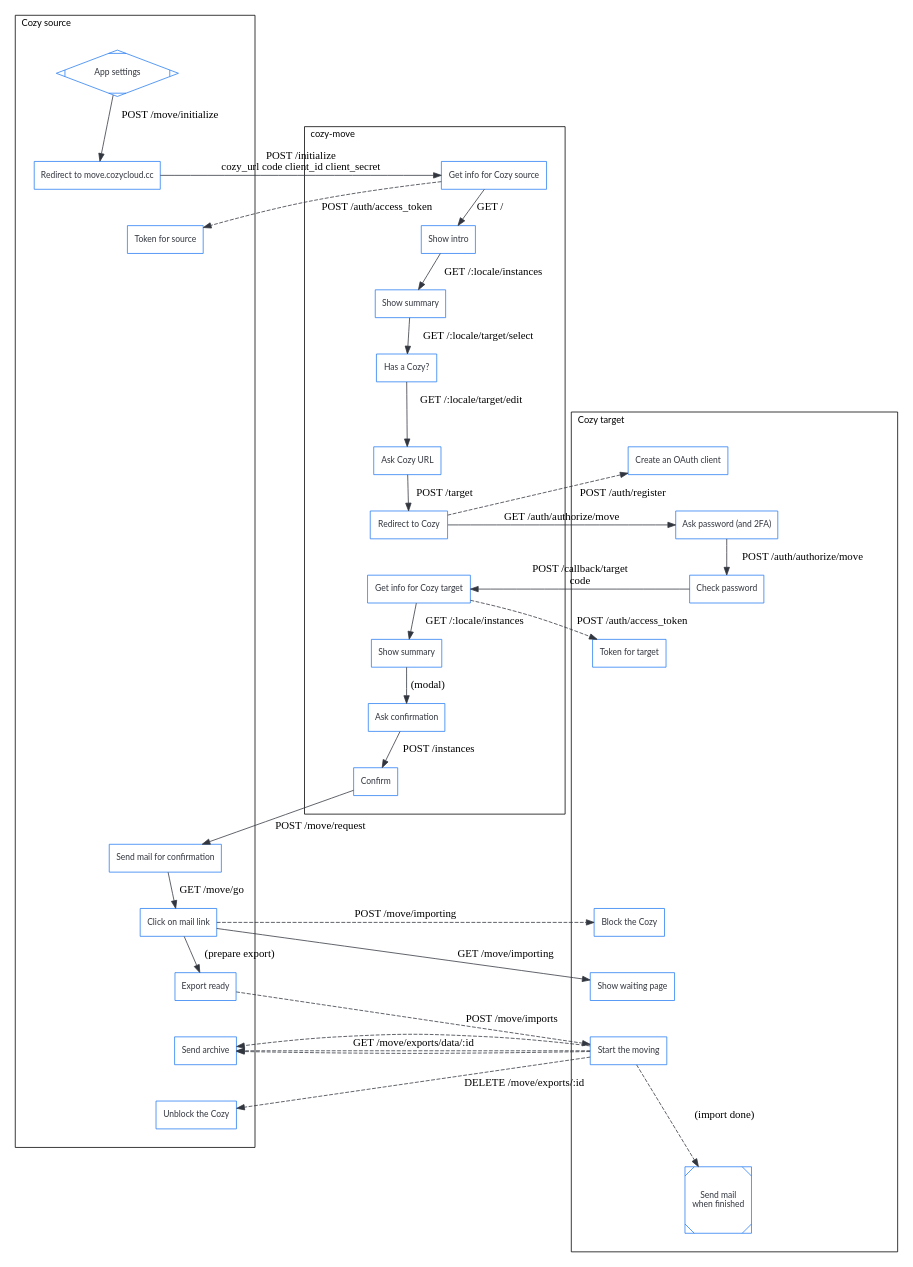
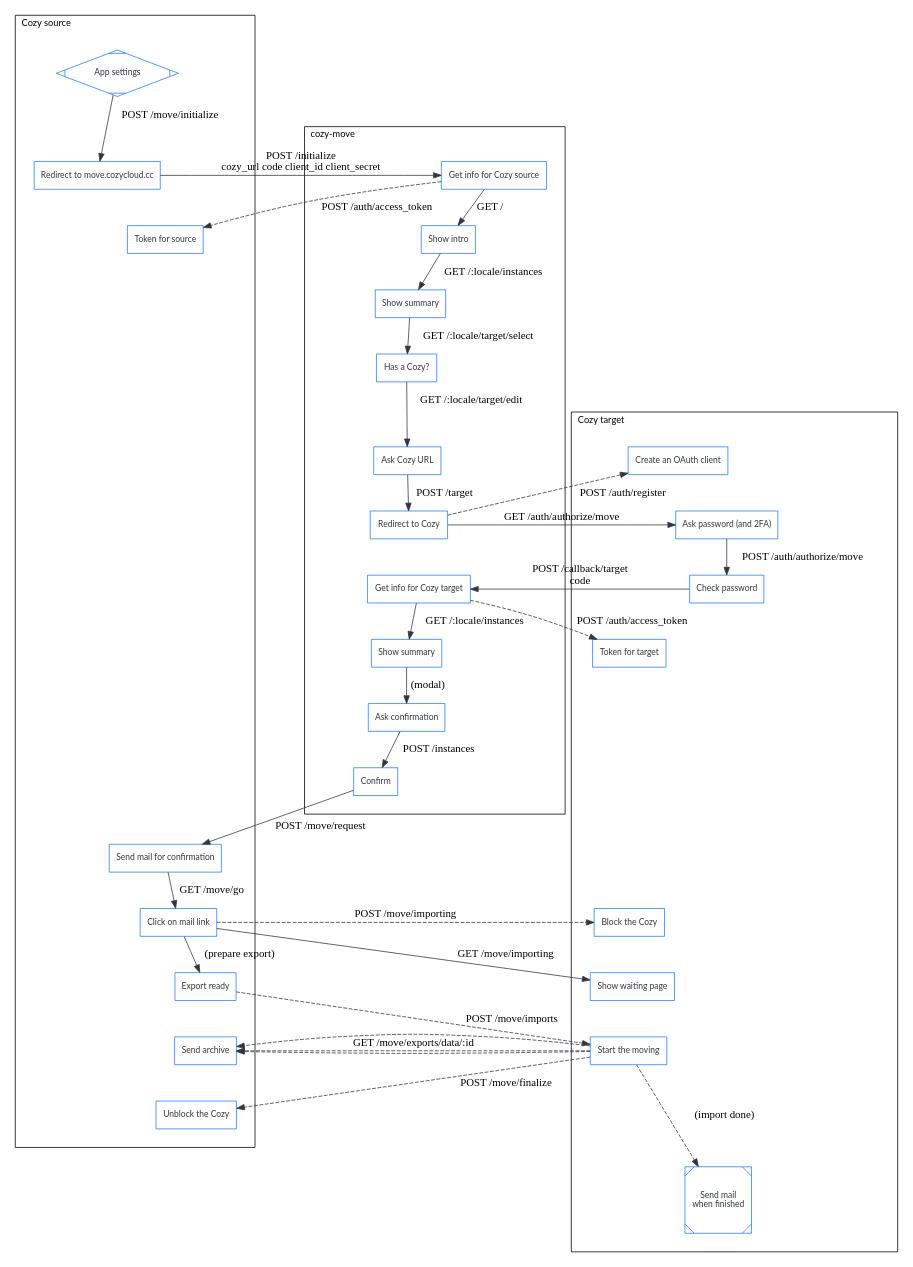
Before and after one commit to cozy/cozy-move: the diagram in docs/from-settings.gv, drawn with Graphviz. The commit also changed 4 other files, not shown here.

```diff
--- a/docs/from-settings.gv
+++ b/docs/from-settings.gv
@@ -1,87 +1,87 @@
 digraph bitwarden {
 	graph [splines=true];
 	node [shape="box", fontname="lato", fontsize=11, margin=0.12, color="#297EF2", fontcolor="#32363F"];
 	edge [color="#32363F"];
 	ranksep=0.45; nodesep=1.5;
 
 	subgraph cluster_source {
 		label="Cozy source"; labeljust="l"; fontname="lato"; fontsize=12; margin=24; rankdir=TB;
 		s_settings [label="App settings"; shape="Mdiamond"]
 		s_start [label="Redirect to move.cozycloud.cc"]
 		s_token [label="Token for source"]
 		s_confirm [label="Send mail for confirmation"]
 		s_mail [label="Click on mail link"]
 		s_ready [label="Export ready"]
 		s_data [label="Send archive"]
 		s_unblock [label="Unblock the Cozy"]
 		s_fake_1, s_fake_2, s_fake_3, s_fake_4, s_fake_5, s_fake_6, s_fake_7, s_fake_8 [style="invis"]
 	}
 
 	subgraph cluster_move {
 		label="cozy-move"; labeljust="l"; fontname="lato"; fontsize=12; margin=24;
 		m_source [label="Get info for Cozy source"]
 		m_intro [label="Show intro"]
 		m_index_1 [label="Show summary"]
 		m_select [label="Has a Cozy?"]
 		m_edit [label="Ask Cozy URL"]
 		m_post [label="Redirect to Cozy"]
 		m_target [label="Get info for Cozy target"]
 		m_index_2 [label="Show summary"]
 		m_warning [label="Ask confirmation"]
 		m_confirm [label="Confirm"]
 	}
 
 	subgraph cluster_target {
 		label="Cozy target"; labeljust="l"; fontname="lato"; fontsize=12; margin=24;
 		t_register [label="Create an OAuth client"]
 		t_export [label="Ask password (and 2FA)"]
 		t_export_2 [label="Check password"]
 		t_token [label="Token for target"]
 		t_block [label="Block the Cozy"]
 		t_run [label="Start the moving"]
 		t_wait [label="Show waiting page"]
 		t_done [label="Send mail\nwhen finished"; shape="Msquare"]
 		t_fake_1, t_fake_2, t_fake_3, t_fake_4 [style="invis"]
 	}
 
 	// User
 	s_settings -> s_start [label="POST /move/initialize"]
 	s_start -> m_source [label="POST /initialize\ncozy_url code client_id client_secret"]
 	m_source -> m_intro [label="GET /"]
 	m_intro -> m_index_1 [label="GET /:locale/instances"]
 	m_index_1 -> m_select [label="GET /:locale/target/select"]
 	m_select -> m_edit [label="GET /:locale/target/edit"]
 	m_edit -> m_post [label="POST /target"]
 	m_post -> t_export [label="GET /auth/authorize/move"]
 	t_export -> t_export_2 [label="POST /auth/authorize/move"]
 	t_export_2 -> m_target [label="POST /callback/target\ncode"]
 	m_target -> m_index_2 [label="GET /:locale/instances"]
 	m_index_2 -> m_warning [label="(modal)"]
 	m_warning -> m_confirm [label="POST /instances"]
 	m_confirm -> s_confirm [label="POST /move/request"]
 	s_confirm -> s_mail [label="GET /move/go"]
 	s_mail -> t_wait [label="GET /move/importing"]
 
 	// Server to server
 	m_source -> s_token [label="POST /auth/access_token"; style="dashed"]
 	m_post -> t_register [label="POST /auth/register"; style="dashed"]
 	m_target -> t_token [label="POST /auth/access_token"; style="dashed"]
 	s_mail -> t_block [label="POST /move/importing"; style="dashed"]
 	s_mail -> s_ready [label="(prepare export)"]
 	s_ready -> t_run [label="POST /move/imports"; style="dashed"]
 	t_run -> s_data [label="GET /move/exports/data/:id"; style="dashed"]
 	t_run -> s_data [style="dashed"]
 	t_run -> s_data [style="dashed"]
-	t_run -> s_unblock [label="DELETE /move/exports/:id"; style="dashed"]
+	t_run -> s_unblock [label="POST /move/finalize"; style="dashed"]
 	t_run -> t_done [label="(import done)"; style="dashed"]
 
 	// Hidden, just to preserve order between nodes inside clusters
 	s_start -> s_token [style="invis"]
 	s_token -> s_fake_1 -> s_fake_2 -> s_fake_3 -> s_fake_4 -> s_fake_5 -> s_fake_6 -> s_fake_7 -> s_fake_8 -> s_confirm [style="invis"]
 	m_post -> m_target [style="invis"]
 	t_register -> t_export [style="invis"]
 	t_export_2 -> t_token [style="invis"]
 	t_token -> t_fake_1 -> t_fake_2 -> t_fake_3 -> t_block [style="invis"]
 	t_block -> t_wait -> t_run -> t_fake_4 -> t_done [style="invis"]
 	s_ready -> s_data -> s_unblock [style="invis"]
 }
```
